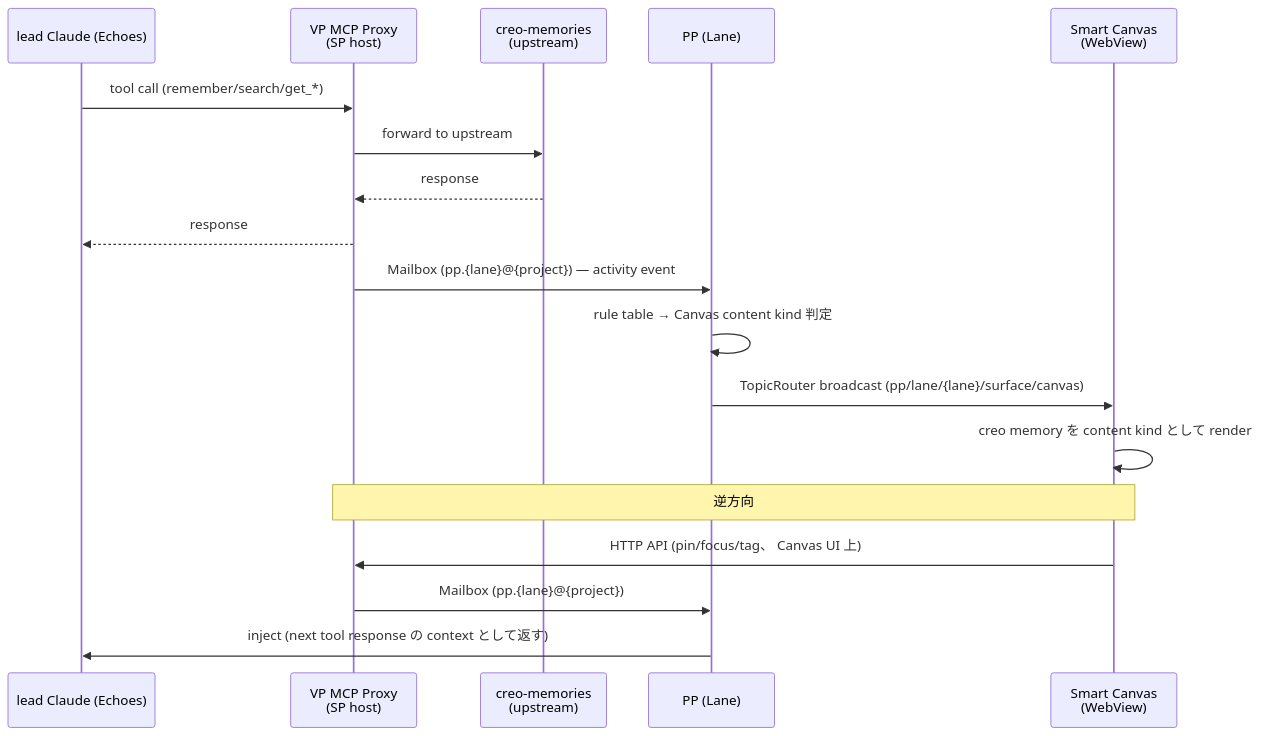
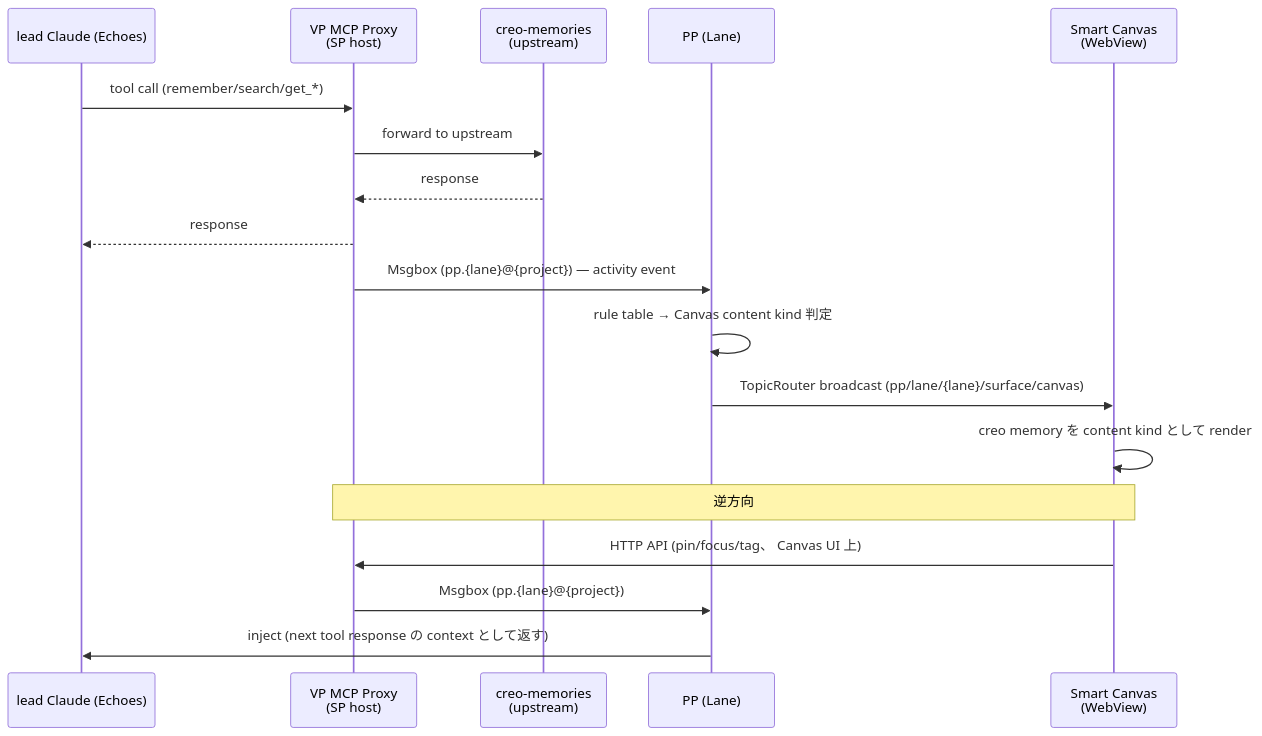
The second of 2 diagrams in docs/design/13-paisley-park-revival.md (chronista-club/vantage-point), drawn with Mermaid before and after one commit. The commit also changed other lines of this file and 9 other files, not shown here.

````diff
--- a/docs/design/13-paisley-park-revival.md
+++ b/docs/design/13-paisley-park-revival.md
@@ -204,22 +204,22 @@
 ```mermaid
 sequenceDiagram
     participant CC as lead Claude (Echoes)
     participant VP as VP MCP Proxy<br/>(SP host)
     participant CM as creo-memories<br/>(upstream)
     participant PP as PP (Lane)
     participant Canvas as Smart Canvas<br/>(WebView)
 
     CC->>VP: tool call (remember/search/get_*)
     VP->>CM: forward to upstream
     CM-->>VP: response
     VP-->>CC: response
-    VP->>PP: Mailbox (pp.{lane}@{project}) — activity event
+    VP->>PP: Msgbox (pp.{lane}@{project}) — activity event
     PP->>PP: rule table → Canvas content kind 判定
     PP->>Canvas: TopicRouter broadcast (pp/lane/{lane}/surface/canvas)
     Canvas->>Canvas: creo memory を content kind として render
 
     Note over Canvas,VP: 逆方向
     Canvas->>VP: HTTP API (pin/focus/tag、 Canvas UI 上)
-    VP->>PP: Mailbox (pp.{lane}@{project})
+    VP->>PP: Msgbox (pp.{lane}@{project})
     PP->>CC: inject (next tool response の context として返す)
 ```
````
